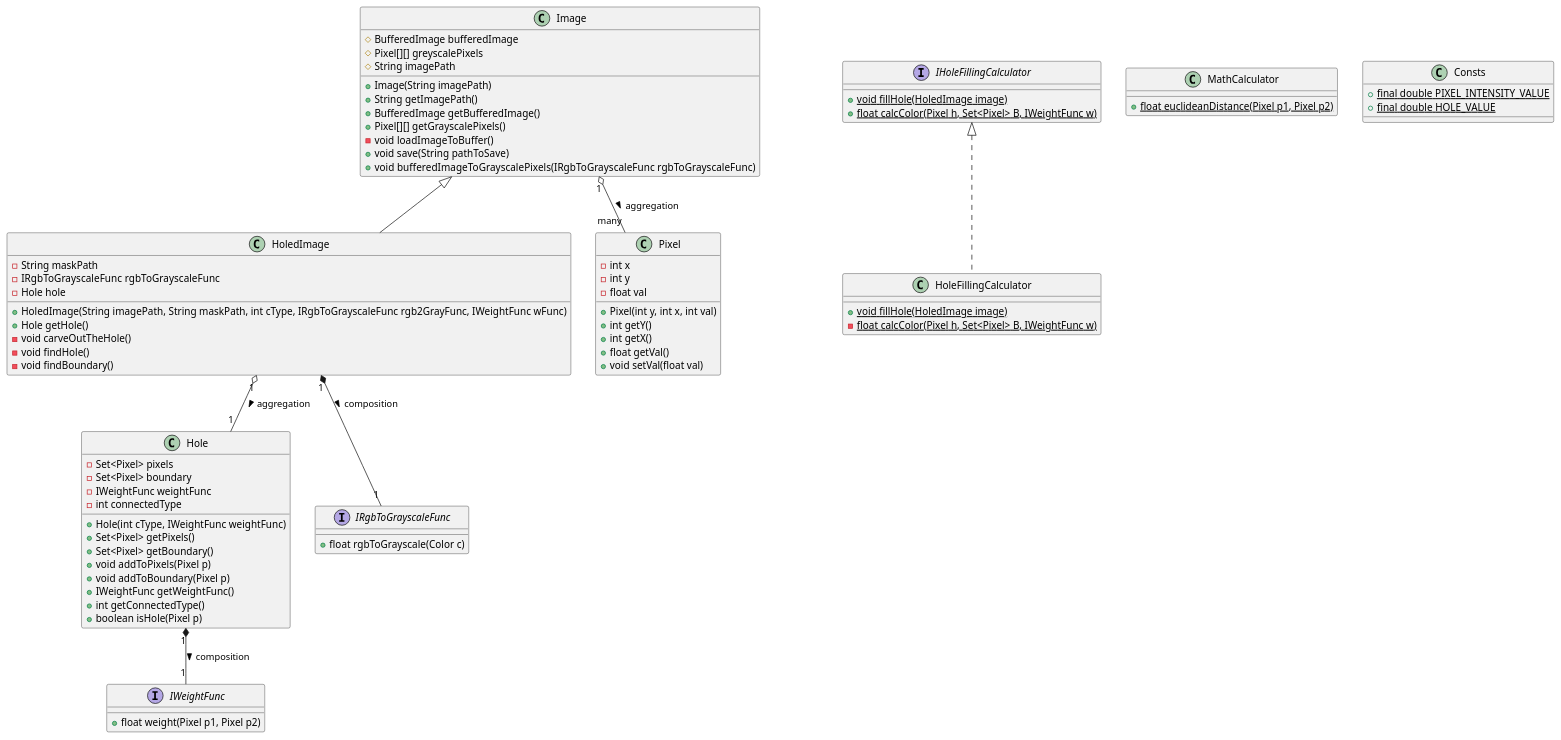
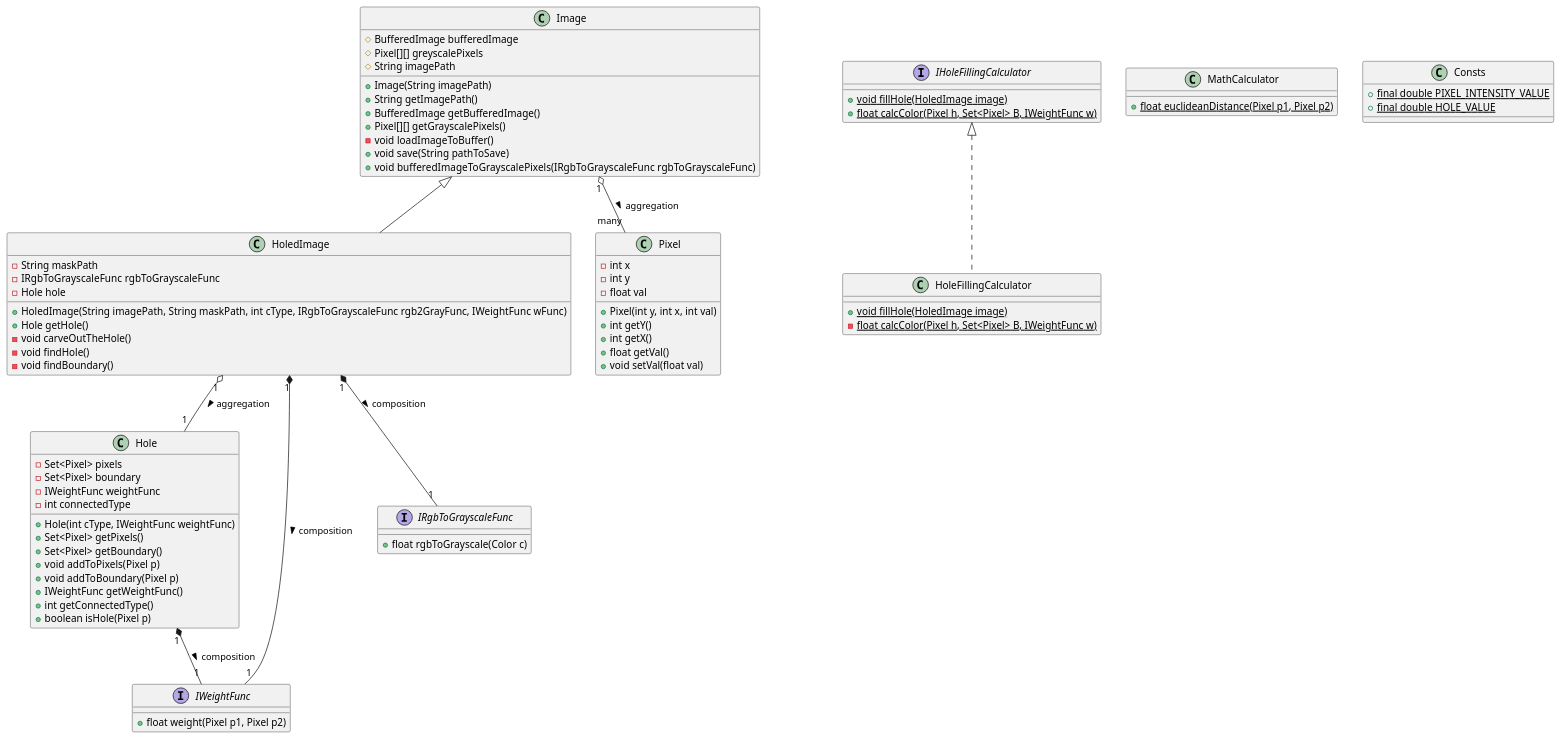
One commit to avielas/HoleFilling changed the diagram in OOD.puml. Above: the diagram before and after it, drawn with PlantUML. The commit also changed 11 other files, not shown here.

```diff
--- a/OOD.puml
+++ b/OOD.puml
@@ -1,90 +1,91 @@
 @startuml
 'https://plantuml.com/class-diagram
 
 class Image{
     # BufferedImage bufferedImage
     # Pixel[][] greyscalePixels
     # String imagePath
     + Image(String imagePath)
     + String getImagePath()
     + BufferedImage getBufferedImage()
     + Pixel[][] getGrayscalePixels()
     - void loadImageToBuffer()
     + void save(String pathToSave)
     + void bufferedImageToGrayscalePixels(IRgbToGrayscaleFunc rgbToGrayscaleFunc)
 }
 
 class HoledImage extends Image{
     - String maskPath
     - IRgbToGrayscaleFunc rgbToGrayscaleFunc
     - Hole hole
     + HoledImage(String imagePath, String maskPath, int cType, IRgbToGrayscaleFunc rgb2GrayFunc, IWeightFunc wFunc)
     + Hole getHole()
     - void carveOutTheHole()
     - void findHole()
     - void findBoundary()
 }
 
 class Hole{
     - Set<Pixel> pixels
     - Set<Pixel> boundary
     - IWeightFunc weightFunc
     - int connectedType
     + Hole(int cType, IWeightFunc weightFunc)
     + Set<Pixel> getPixels()
     + Set<Pixel> getBoundary()
     + void addToPixels(Pixel p)
     + void addToBoundary(Pixel p)
     + IWeightFunc getWeightFunc()
     + int getConnectedType()
     + boolean isHole(Pixel p)
 }
 
 interface IWeightFunc{
     + float weight(Pixel p1, Pixel p2)
 }
 
 interface IRgbToGrayscaleFunc{
     + float rgbToGrayscale(Color c)
 }
 
 class Pixel{
     - int x
     - int y
     - float val
     + Pixel(int y, int x, int val)
     + int getY()
     + int getX()
     + float getVal()
     + void setVal(float val)
 }
 
 class HoleFillingCalculator implements IHoleFillingCalculator{
     + {static} void fillHole(HoledImage image)
     - {static} float calcColor(Pixel h, Set<Pixel> B, IWeightFunc w)
 }
 
 interface IHoleFillingCalculator{
     + {static} void fillHole(HoledImage image)
     + {static} float calcColor(Pixel h, Set<Pixel> B, IWeightFunc w)
 }
 
 class MathCalculator{
     + {static} float euclideanDistance(Pixel p1, Pixel p2)
 }
 
 class Consts{
     + {static} final double PIXEL_INTENSITY_VALUE
     + {static} final double HOLE_VALUE
 }
 
 'Aggregation
 Image "1" o-- "many" Pixel : aggregation >
 HoledImage "1" o-- "1" Hole : aggregation >
 
 
 'Composition
 HoledImage "1" *-- "1" IRgbToGrayscaleFunc : composition >
+HoledImage "1" *-- "1" IWeightFunc : composition >
 Hole "1" *-- "1" IWeightFunc : composition >
 
 @enduml
```
